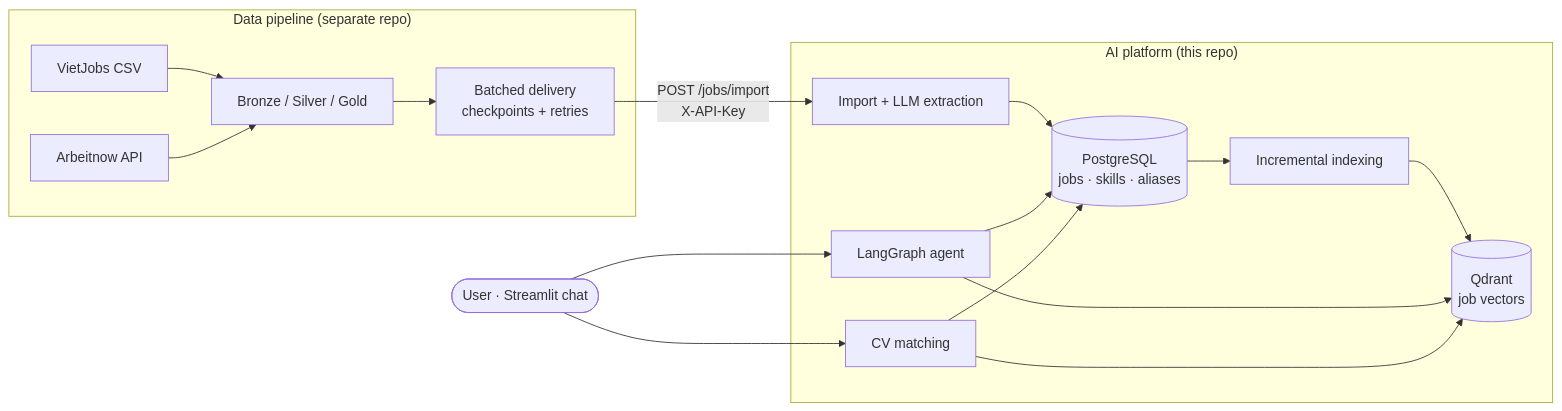
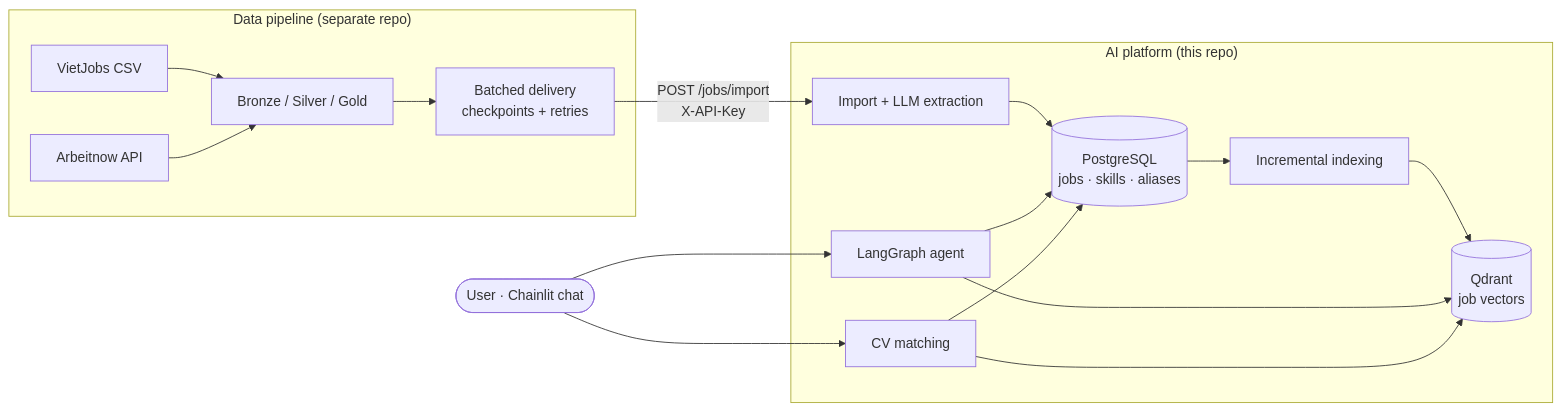
One commit to levienbang/ai-career-platform changed the first of 4 diagrams in README.md. Above: the diagram before and after it, drawn with Mermaid. The commit also changed other lines of this file and 150 other files, not shown here.

First line of the commit message:
Chainlit chat with admin tools, reranker fallback, test split and shared eval metrics

````diff
--- a/README.md
+++ b/README.md
@@ -51,22 +51,22 @@
 ```mermaid
 flowchart LR
     subgraph DE["Data pipeline (separate repo)"]
         S1[VietJobs CSV] --> B[Bronze / Silver / Gold]
         S2[Arbeitnow API] --> B
         B --> D[Batched delivery<br/>checkpoints + retries]
     end
 
     D -- "POST /jobs/import<br/>X-API-Key" --> I
 
     subgraph AI["AI platform (this repo)"]
         I[Import + LLM extraction] --> PG[(PostgreSQL<br/>jobs · skills · aliases)]
         PG --> IX[Incremental indexing] --> QD[(Qdrant<br/>job vectors)]
         AG[LangGraph agent] --> PG
         AG --> QD
         CV[CV matching] --> PG
         CV --> QD
     end
 
-    U([User · Streamlit chat]) --> AG
+    U([User · Chainlit chat]) --> AG
     U --> CV
 ```
````
